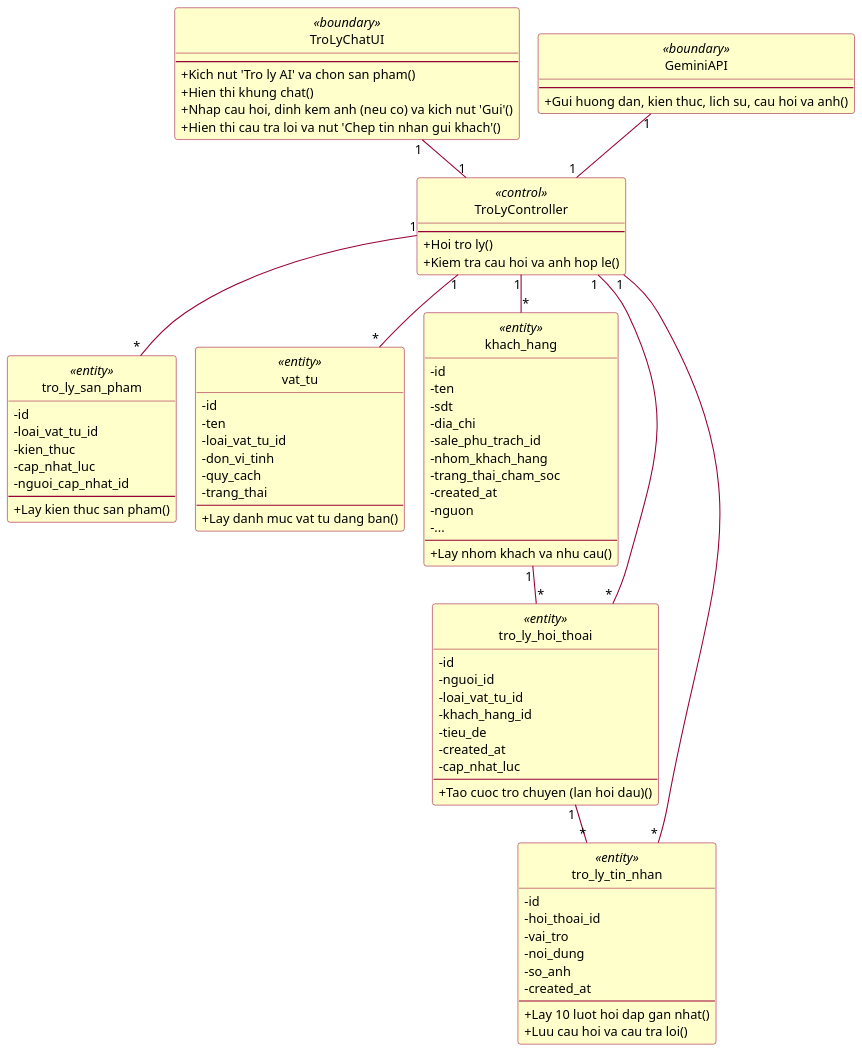
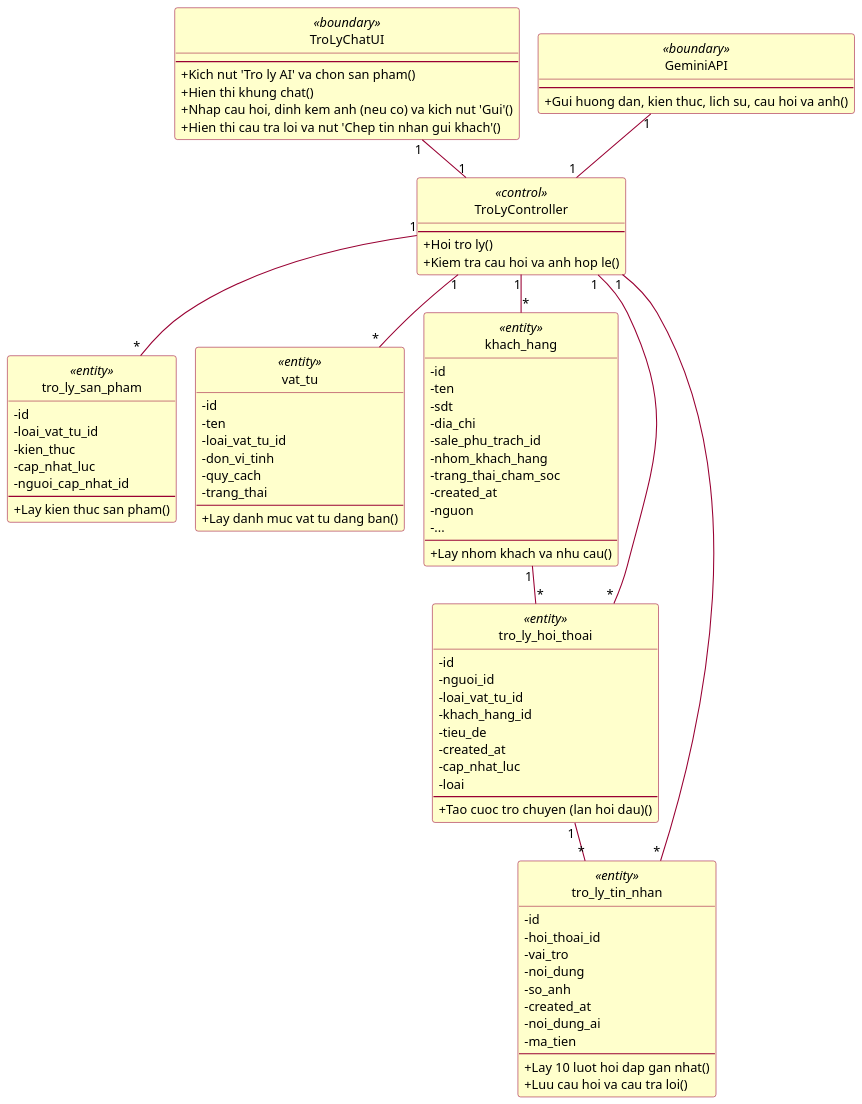
The diagram in _hinh/puml_rose/cls_tro_ly.puml (simunaroo/ERP), drawn with PlantUML before and after one commit. The commit also changed 70 other files, not shown here.

```diff
--- a/_hinh/puml_rose/cls_tro_ly.puml
+++ b/_hinh/puml_rose/cls_tro_ly.puml
@@ -1,108 +1,111 @@
 @startuml cls_tro_ly
 !pragma layout smetana
 skinparam dpi 150
 skinparam defaultFontName Arial
 skinparam defaultFontSize 12
 skinparam shadowing false
 skinparam ArrowColor #990033
 skinparam ActorBorderColor #990033
 skinparam ActorBackgroundColor #FFFFCC
 skinparam UsecaseBorderColor #990033
 skinparam UsecaseBackgroundColor #FFFFCC
 skinparam ClassBorderColor #990033
 skinparam ClassBackgroundColor #FFFFCC
 skinparam ParticipantBorderColor #990033
 skinparam ParticipantBackgroundColor #FFFFCC
 skinparam BoundaryBackgroundColor #FFFFCC
 skinparam BoundaryBorderColor #990033
 skinparam ControlBackgroundColor #FFFFCC
 skinparam ControlBorderColor #990033
 skinparam EntityBackgroundColor #FFFFCC
 skinparam EntityBorderColor #990033
 skinparam SequenceLifeLineBorderColor #444444
 skinparam NoteBackgroundColor #FFFFCC
 skinparam NoteBorderColor #990033
 skinparam packageStyle rectangle
 hide circle
 skinparam classAttributeIconSize 0
 class "TroLyChatUI" as UI <<boundary>> {
   --
   +Kich nut 'Tro ly AI' va chon san pham()
   +Hien thi khung chat()
   +Nhap cau hoi, dinh kem anh (neu co) va kich nut 'Gui'()
   +Hien thi cau tra loi va nut 'Chep tin nhan gui khach'()
 }
 class "TroLyController" as C <<control>> {
   --
   +Hoi tro ly()
   +Kiem tra cau hoi va anh hop le()
 }
 class "GeminiAPI" as AI <<boundary>> {
   --
   +Gui huong dan, kien thuc, lich su, cau hoi va anh()
 }
 class "tro_ly_san_pham" as TL <<entity>> {
   -id
   -loai_vat_tu_id
   -kien_thuc
   -cap_nhat_luc
   -nguoi_cap_nhat_id
   --
   +Lay kien thuc san pham()
 }
 class "vat_tu" as VT <<entity>> {
   -id
   -ten
   -loai_vat_tu_id
   -don_vi_tinh
   -quy_cach
   -trang_thai
   --
   +Lay danh muc vat tu dang ban()
 }
 class "khach_hang" as KH <<entity>> {
   -id
   -ten
   -sdt
   -dia_chi
   -sale_phu_trach_id
   -nhom_khach_hang
   -trang_thai_cham_soc
   -created_at
   -nguon
   -...
   --
   +Lay nhom khach va nhu cau()
 }
 class "tro_ly_hoi_thoai" as HT <<entity>> {
   -id
   -nguoi_id
   -loai_vat_tu_id
   -khach_hang_id
   -tieu_de
   -created_at
   -cap_nhat_luc
+  -loai
   --
   +Tao cuoc tro chuyen (lan hoi dau)()
 }
 class "tro_ly_tin_nhan" as TN <<entity>> {
   -id
   -hoi_thoai_id
   -vai_tro
   -noi_dung
   -so_anh
   -created_at
+  -noi_dung_ai
+  -ma_tien
   --
   +Lay 10 luot hoi dap gan nhat()
   +Luu cau hoi va cau tra loi()
 }
 UI "1" -- "1" C
 AI "1" -- "1" C
 C "1" -- "*" TL
 C "1" -- "*" VT
 C "1" -- "*" KH
 C "1" -- "*" HT
 C "1" -- "*" TN
 KH "1" -- "*" HT
 HT "1" -- "*" TN
 @enduml
```
